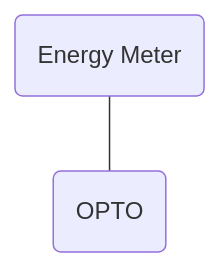
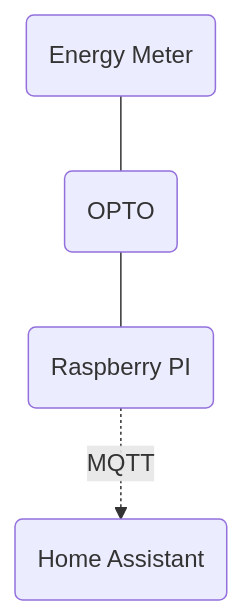
Before and after one commit to rangulvers/smart_meter_setup: the diagram in README.md, drawn with Mermaid.

````diff
--- a/README.md
+++ b/README.md
@@ -10,6 +10,8 @@
 ```mermaid
 
 flowchart TD
         A(Energy Meter) --- B(OPTO)
+        B --- C(Raspberry PI)
+        C -.MQTT.-> D(Home Assistant)
 
 ```
````
